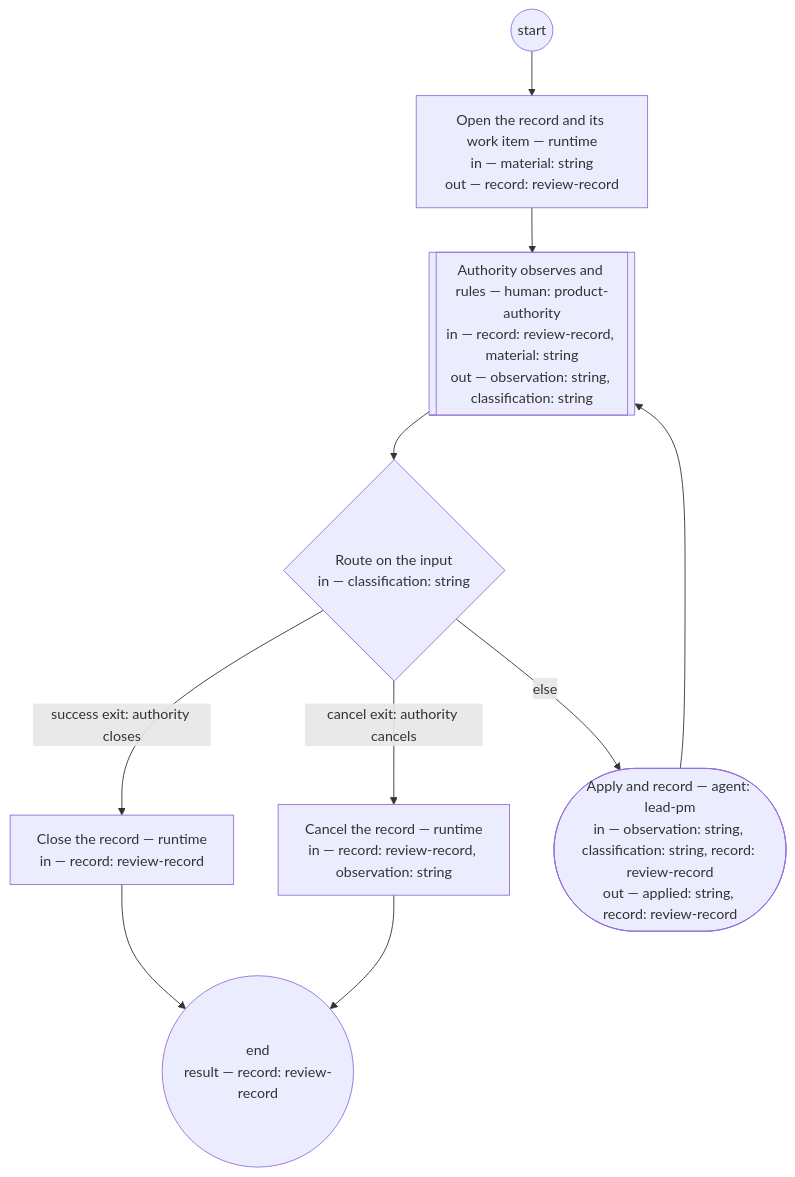
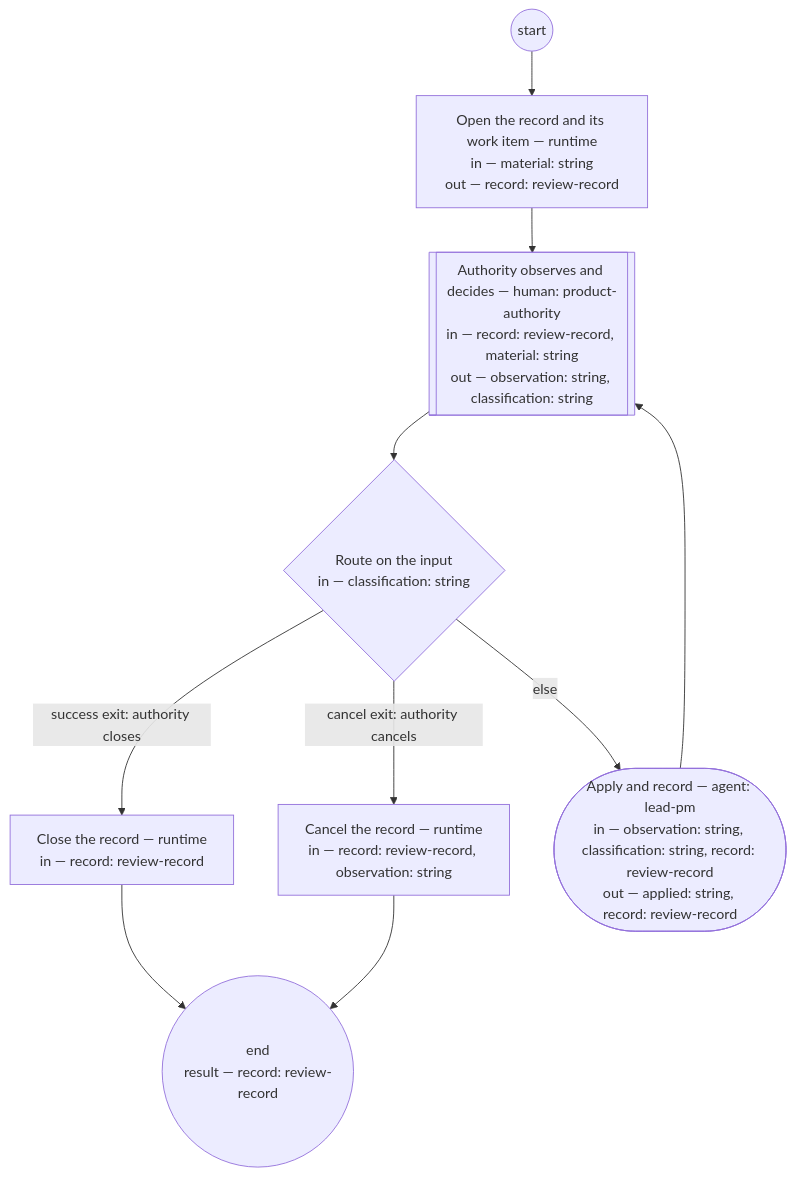
The diagram in basis/processes/review-conversation.md (dstengle/shopsystem-product), drawn with Mermaid before and after one commit. The commit also changed other lines of this file and 44 other files, not shown here.

````diff
--- a/basis/processes/review-conversation.md
+++ b/basis/processes/review-conversation.md
@@ -51,19 +54,19 @@
 ```mermaid
 flowchart TD
   open["Open the record and its work item — runtime<br/>in — material: string<br/>out — record: review-record"]
-  observe[["Authority observes and rules — human: product-authority<br/>in — record: review-record, material: string<br/>out — observation: string, classification: string"]]
+  observe[["Authority observes and decides — human: product-authority<br/>in — record: review-record, material: string<br/>out — observation: string, classification: string"]]
   route{"Route on the input<br/>in — classification: string"}
   apply(["Apply and record — agent: lead-pm<br/>in — observation: string, classification: string, record: review-record<br/>out — applied: string, record: review-record"])
   close_record["Close the record — runtime<br/>in — record: review-record"]
   cancel_record["Cancel the record — runtime<br/>in — record: review-record, observation: string"]
   __end(("end<br/>result — record: review-record"))
   __start(("start")) --> open
   open --> observe
   observe --> route
   route -->|success exit: authority closes| close_record
   route -->|cancel exit: authority cancels| cancel_record
   route -->|else| apply
   apply --> observe
   close_record --> __end
   cancel_record --> __end
 ```
````
